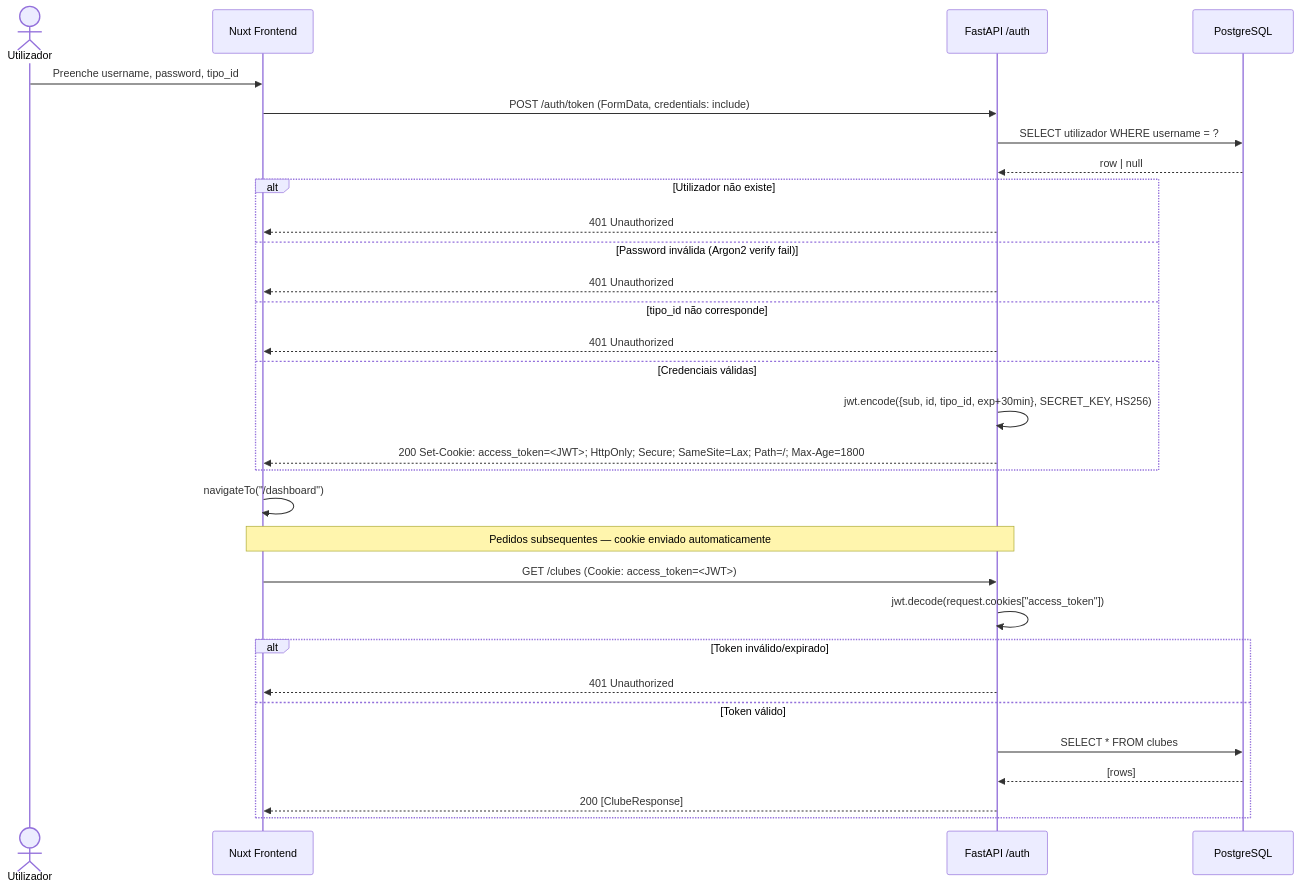
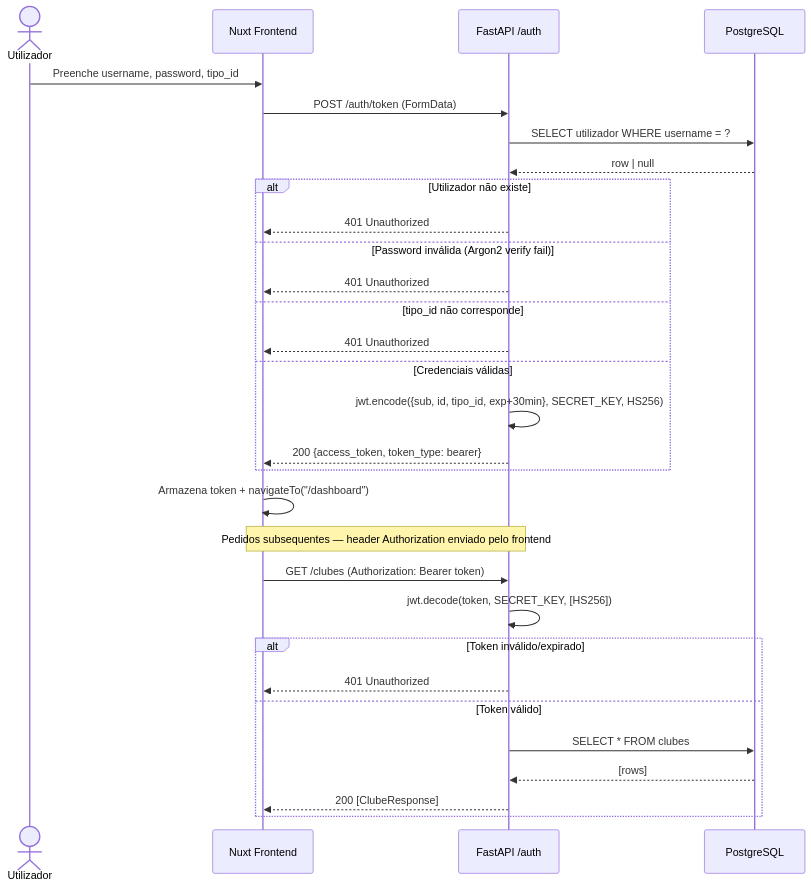
The fifth of 8 diagrams in README.md (Wand-DenaXy/-Manueli-s-Clubes), drawn with Mermaid before and after one commit. The commit also changed other lines of this file and 1 other file, not shown here.

````diff
--- a/README.md
+++ b/README.md
@@ -147,37 +147,37 @@
 ```mermaid
 sequenceDiagram
     actor U as Utilizador
     participant F as Nuxt Frontend
     participant A as FastAPI /auth
     participant DB as PostgreSQL
 
     U->>F: Preenche username, password, tipo_id
-    F->>A: POST /auth/token (FormData, credentials: include)
+    F->>A: POST /auth/token (FormData)
     A->>DB: SELECT utilizador WHERE username = ?
     DB-->>A: row | null
 
     alt Utilizador não existe
         A-->>F: 401 Unauthorized
     else Password inválida (Argon2 verify fail)
         A-->>F: 401 Unauthorized
     else tipo_id não corresponde
         A-->>F: 401 Unauthorized
     else Credenciais válidas
         A->>A: jwt.encode({sub, id, tipo_id, exp+30min}, SECRET_KEY, HS256)
-        A-->>F: 200 Set-Cookie: access_token=#lt;JWT#gt;#59; HttpOnly#59; Secure#59; SameSite=Lax#59; Path=/#59; Max-Age=1800
+        A-->>F: 200 {access_token, token_type: bearer}
     end
 
-    F->>F: navigateTo("/dashboard")
+    F->>F: Armazena token + navigateTo("/dashboard")
 
-    Note over F,A: Pedidos subsequentes — cookie enviado automaticamente
+    Note over F,A: Pedidos subsequentes — header Authorization enviado pelo frontend
 
-    F->>A: GET /clubes (Cookie: access_token=#lt;JWT#gt;)
-    A->>A: jwt.decode(request.cookies[#quot;access_token#quot;])
+    F->>A: GET /clubes (Authorization: Bearer token)
+    A->>A: jwt.decode(token, SECRET_KEY, [HS256])
     alt Token inválido/expirado
         A-->>F: 401 Unauthorized
     else Token válido
         A->>DB: SELECT * FROM clubes
         DB-->>A: [rows]
         A-->>F: 200 [ClubeResponse]
     end
 ```
````
